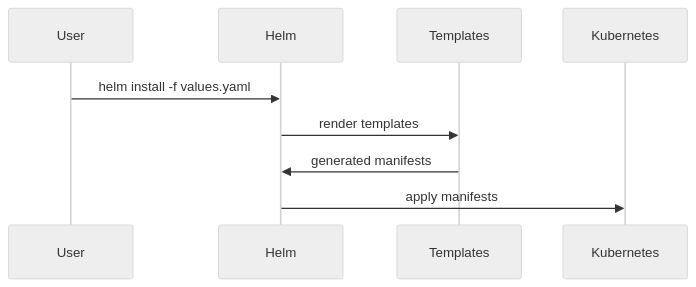
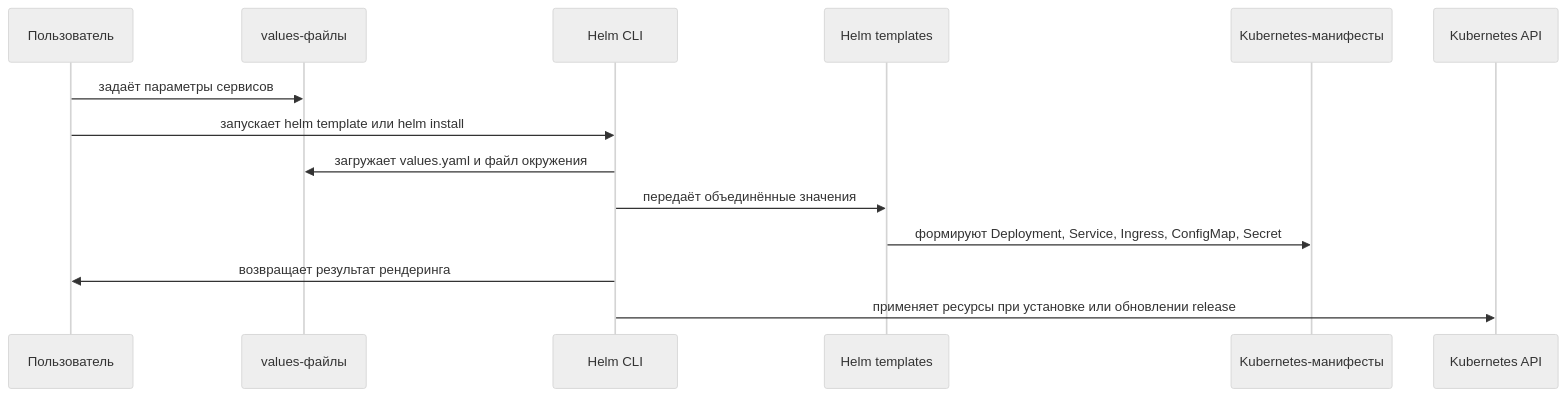
The diagram in docs/diagrams/sequence.mmd (SugarCube1337/Meta-Chart), drawn with Mermaid (neutral theme) before and after one commit. The commit also changed 28 other files, not shown here.

Commit message:
meta-chart-v2

```diff
--- a/docs/diagrams/sequence.mmd
+++ b/docs/diagrams/sequence.mmd
@@ -1,10 +1,15 @@
-sequenceDiagram
-    participant User
-    participant Helm
-    participant Templates
-    participant Kubernetes
+sequenceDiagram 
+    participant User as Пользователь
+    participant Values as values-файлы
+    participant Helm as Helm CLI
+    participant Templates as Helm templates
+    participant Manifests as Kubernetes-манифесты
+    participant Cluster as Kubernetes API
 
-    User->>Helm: helm install -f values.yaml
-    Helm->>Templates: render templates
-    Templates->>Helm: generated manifests
-    Helm->>Kubernetes: apply manifests
+    User->>Values: задаёт параметры сервисов
+    User->>Helm: запускает helm template или helm install
+    Helm->>Values: загружает values.yaml и файл окружения
+    Helm->>Templates: передаёт объединённые значения
+    Templates->>Manifests: формируют Deployment, Service, Ingress, ConfigMap, Secret
+    Helm->>User: возвращает результат рендеринга
+    Helm->>Cluster: применяет ресурсы при установке или обновлении release
```
